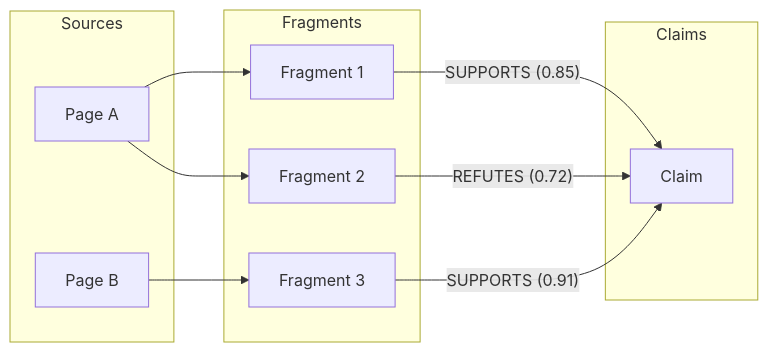
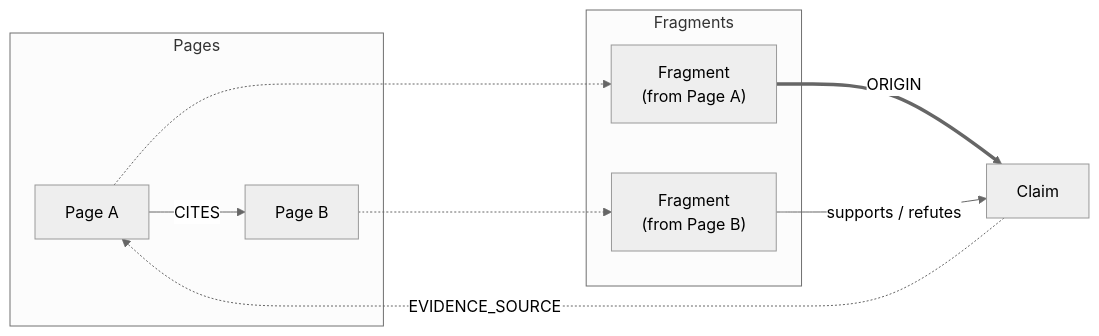
One commit to k-shibuki/lyra changed the diagram in docs/figures/figure3-evidence-graph.mmd. Above: the diagram before and after it, drawn with Mermaid. The commit also changed 14 other files, not shown here.

First line of the commit message:
docs: update architecture diagrams and documentation

```diff
--- a/docs/figures/figure3-evidence-graph.mmd
+++ b/docs/figures/figure3-evidence-graph.mmd
@@ -1,19 +1,29 @@
+%%{init: {'theme': 'neutral'}}%%
 flowchart LR
-    subgraph Sources
-        P1[Page A]
-        P2[Page B]
+    subgraph Pages
+        P1["Page A"]
+        P2["Page B"]
     end
+
     subgraph Fragments
-        F1[Fragment 1]
-        F2[Fragment 2]
-        F3[Fragment 3]
+        F1["Fragment<br/>(from Page A)"]
+        F2["Fragment<br/>(from Page B)"]
     end
-    subgraph Claims
-        C[Claim]
-    end
-    P1 --> F1
-    P1 --> F2
-    P2 --> F3
-    F1 -->|"SUPPORTS (0.85)"| C
-    F2 -->|"REFUTES (0.72)"| C
-    F3 -->|"SUPPORTS (0.91)"| C
+
+    C["Claim"]
+
+    %% Fragment belongs to Page (implicit via page_id FK)
+    P1 -.-> F1
+    P2 -.-> F2
+
+    %% ORIGIN: provenance tracking
+    F1 ==>|ORIGIN| C
+
+    %% NLI: cross-source verification
+    F2 -->|supports / refutes| C
+
+    %% CITES: citation between pages
+    P1 -->|CITES| P2
+
+    %% EVIDENCE_SOURCE: derived (not persisted)
+    C -.->|EVIDENCE_SOURCE| P1
```
